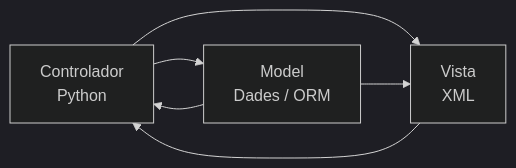
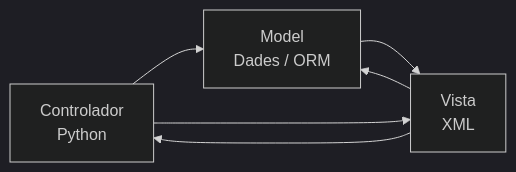
The second of 2 diagrams in docs/index.md (juatafe/2nDAM-SGE), drawn with Mermaid (dark theme) before and after one commit. The commit also changed other lines of this file, not shown here.

````diff
--- a/docs/index.md
+++ b/docs/index.md
@@ -111,13 +140,13 @@
 ```{mermaid}
 flowchart LR
     Controller --> Model
     Controller --> View
-    Model --> Controller
     View --> Controller
     Model --> View
+    View --> Model
 
     Model[Model<br/>Dades / ORM]
     View[Vista<br/>XML]
     Controller[Controlador<br/>Python]
 
 ```
````
